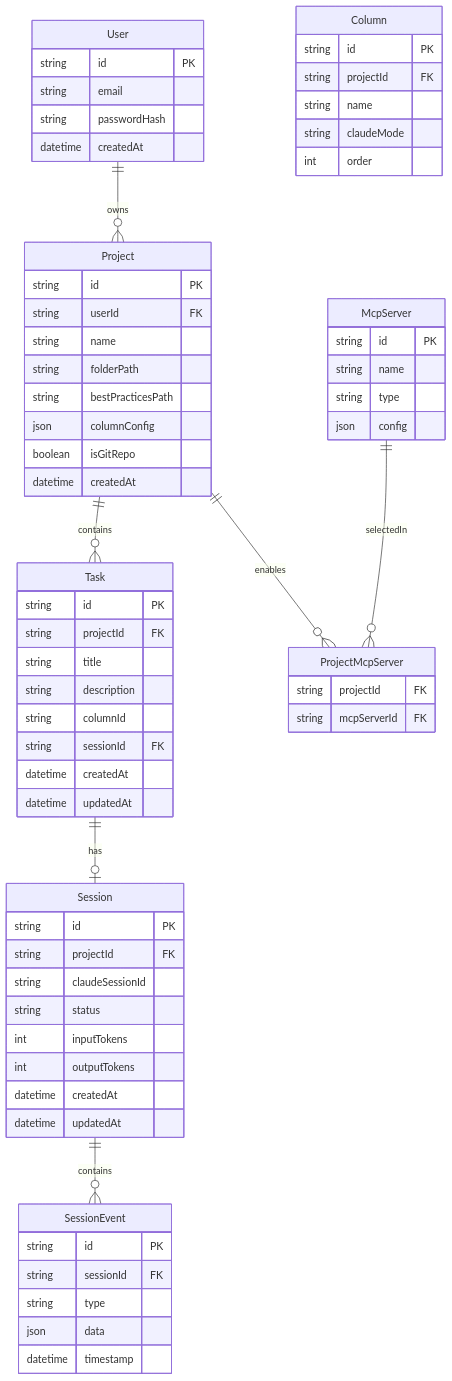
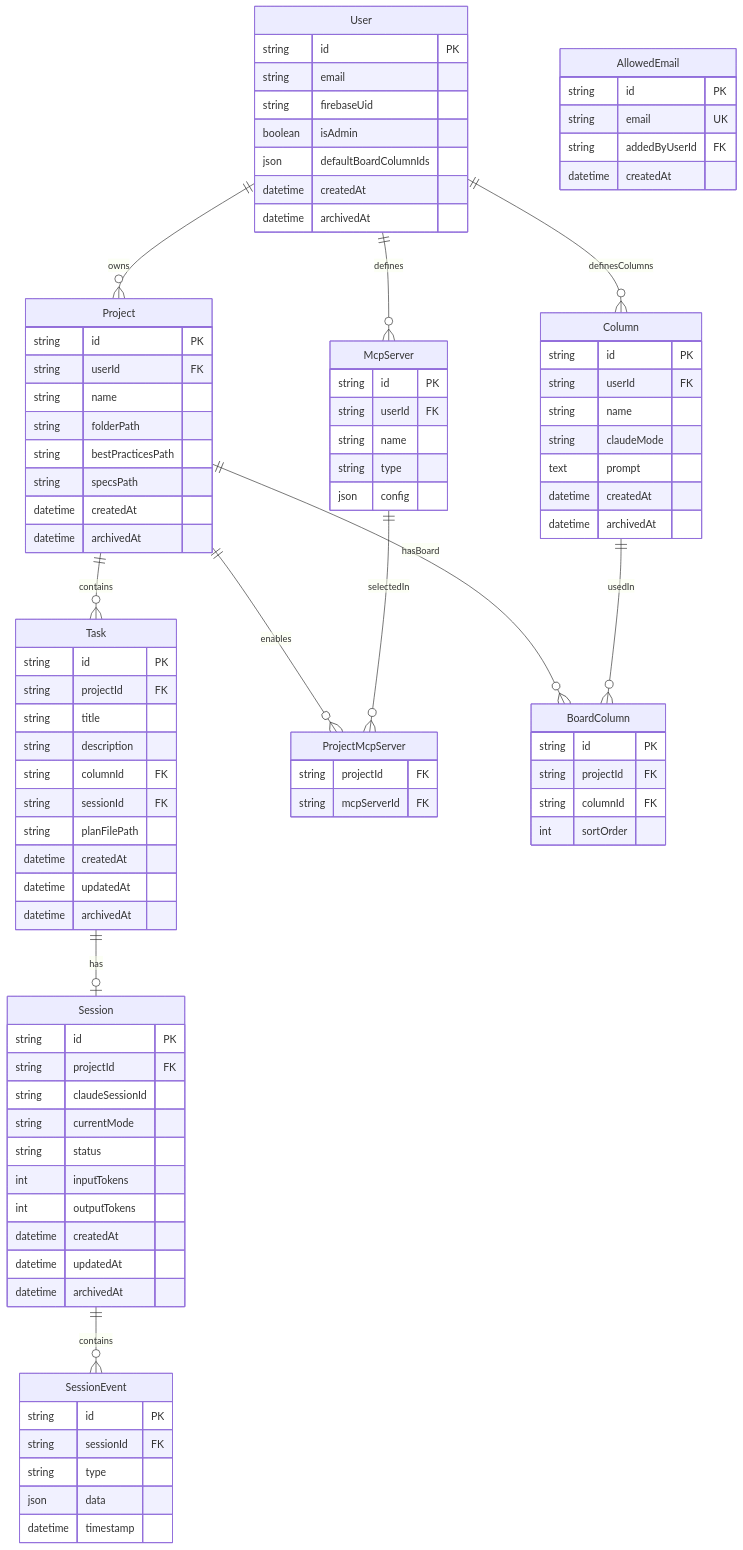
Before and after one commit to csells/agent_board: the second of 3 diagrams in specs/requirements-and-research.md, drawn with Mermaid. The commit also changed other lines of this file, not shown here.

````diff
--- a/specs/requirements-and-research.md
+++ b/specs/requirements-and-research.md
@@ -591,24 +1689,37 @@
 ```mermaid
 erDiagram
     User ||--o{ Project : owns
+    User ||--o{ McpServer : defines
+    User ||--o{ Column : definesColumns
     User {
         string id PK
         string email
-        string passwordHash
+        string firebaseUid
+        boolean isAdmin
+        json defaultBoardColumnIds
+        datetime createdAt
+        datetime archivedAt
+    }
+
+    AllowedEmail {
+        string id PK
+        string email UK
+        string addedByUserId FK
         datetime createdAt
     }
 
     Project ||--o{ Task : contains
     Project ||--o{ ProjectMcpServer : enables
+    Project ||--o{ BoardColumn : hasBoard
     Project {
         string id PK
         string userId FK
         string name
         string folderPath
         string bestPracticesPath
-        json columnConfig
-        boolean isGitRepo
+        string specsPath
         datetime createdAt
+        datetime archivedAt
     }
 
     Task ||--o| Session : has
@@ -617,10 +1728,12 @@
         string projectId FK
         string title
         string description
-        string columnId
+        string columnId FK
         string sessionId FK
+        string planFilePath
         datetime createdAt
         datetime updatedAt
+        datetime archivedAt
     }
 
     Session ||--o{ SessionEvent : contains
@@ -628,11 +1741,13 @@
         string id PK
         string projectId FK
         string claudeSessionId
+        string currentMode
         string status
         int inputTokens
         int outputTokens
         datetime createdAt
         datetime updatedAt
+        datetime archivedAt
     }
 
     SessionEvent {
@@ -646,6 +1761,7 @@
     McpServer ||--o{ ProjectMcpServer : selectedIn
     McpServer {
         string id PK
+        string userId FK
         string name
         string type
         json config
@@ -656,11 +1772,21 @@
         string mcpServerId FK
     }
 
+    Column ||--o{ BoardColumn : usedIn
     Column {
         string id PK
-        string projectId FK
+        string userId FK
         string name
         string claudeMode
-        int order
+        text prompt
+        datetime createdAt
+        datetime archivedAt
+    }
+
+    BoardColumn {
+        string id PK
+        string projectId FK
+        string columnId FK
+        int sortOrder
     }
 ```
````
